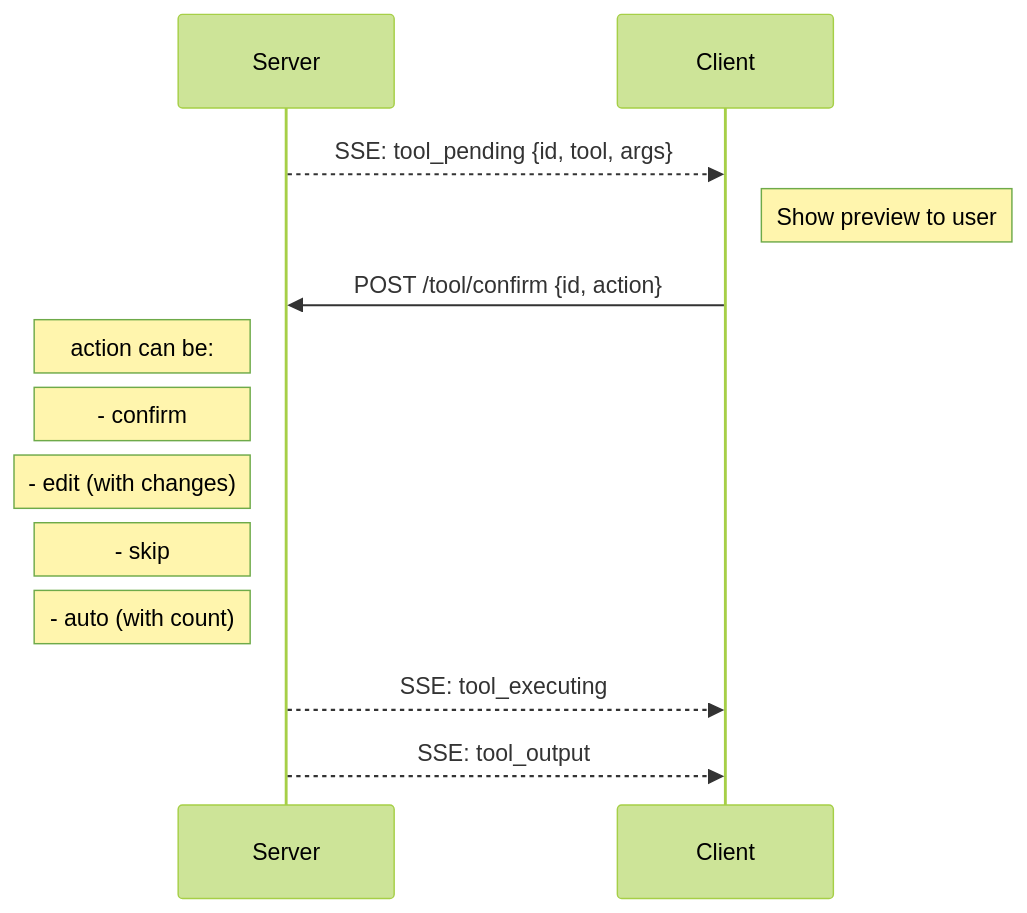
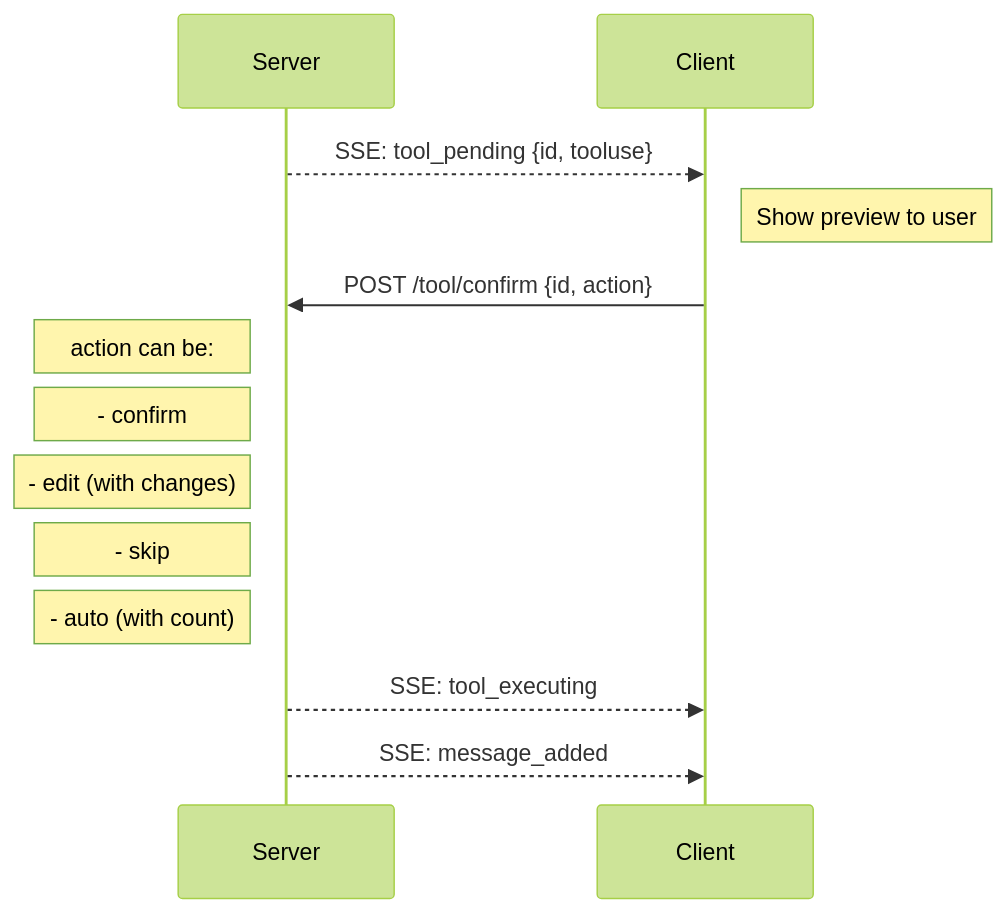
Before and after one commit to ErikBjare/gptme: the third of 4 diagrams in server-api-improvements.md, drawn with Mermaid (forest theme). The commit also changed other lines of this file, not shown here.

Commit message:
fix: updated server-api-improvements.md doc

````diff
--- a/server-api-improvements.md
+++ b/server-api-improvements.md
@@ -162,13 +166,13 @@
    ```mermaid
    sequenceDiagram
-       Server-->>Client: SSE: tool_pending {id, tool, args}
+       Server-->>Client: SSE: tool_pending {id, tooluse}
        Note right of Client: Show preview to user
        Client->>Server: POST /tool/confirm {id, action}
        Note left of Server: action can be:
        Note left of Server: - confirm
        Note left of Server: - edit (with changes)
        Note left of Server: - skip
        Note left of Server: - auto (with count)
        Server-->>Client: SSE: tool_executing
-       Server-->>Client: SSE: tool_output
+       Server-->>Client: SSE: message_added
    ```
````
